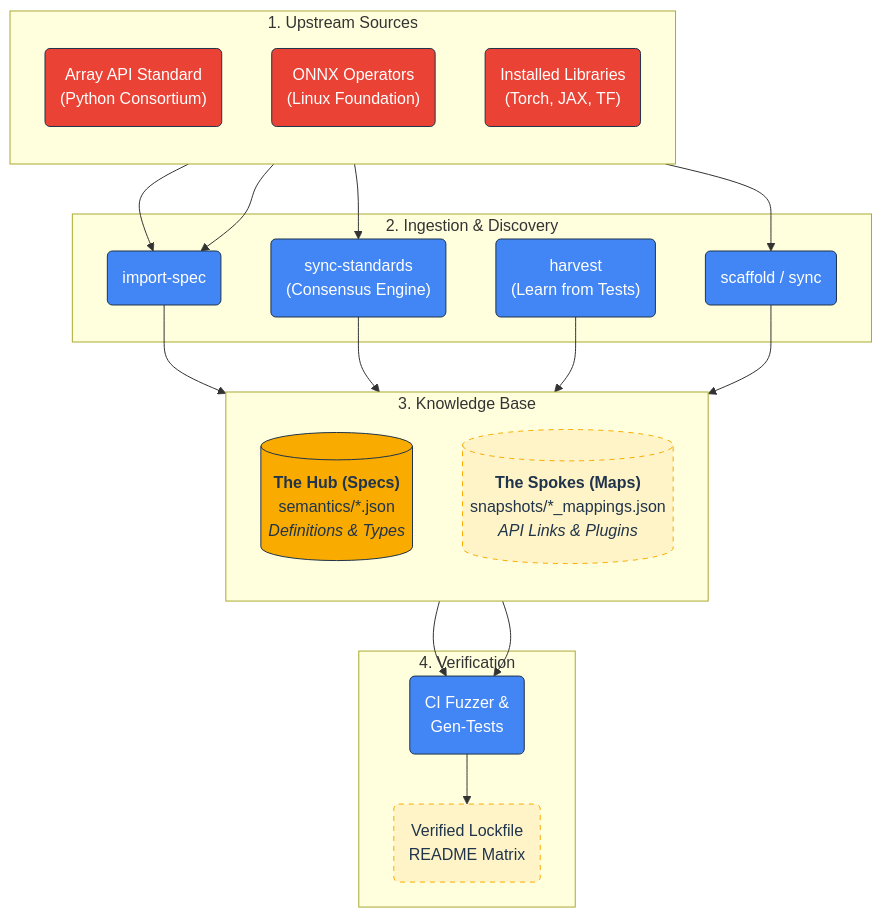
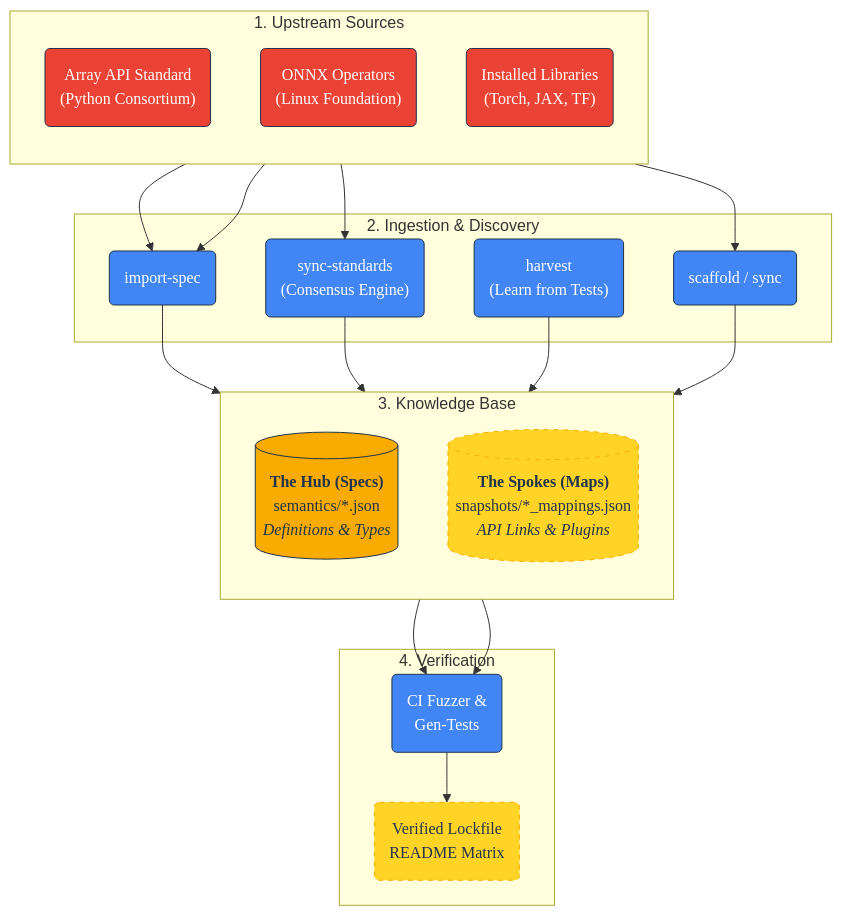
Before and after one commit to SamuelMarks/ml-switcheroo: the diagram in MAINTENANCE.md, drawn with Mermaid. The commit also changed other lines of this file and 5 other files, not shown here.

````diff
--- a/MAINTENANCE.md
+++ b/MAINTENANCE.md
@@ -16,47 +19,48 @@
 ```mermaid
 graph TD
-    %% Style definitions
-    classDef external fill:#ea4335,stroke:#20344b,color:#ffffff,rx:5px;
-    classDef hub fill:#f9ab00,stroke:#20344b,color:#20344b,rx:5px;
-    classDef spoke fill:#fff4c7,stroke:#f9ab00,stroke-dasharray: 5 5,color:#20344b,rx:5px;
-    classDef action fill:#4285f4,stroke:#20344b,color:#ffffff,rx:5px;
+    %% --- STYLE DEFINITIONS ---
+    classDef default font-family:'Google Sans Normal',color:#20344b,stroke:#20344b;
+    classDef external fill:#ea4335,stroke:#20344b,color:#ffffff,rx:5px,font-family:'Google Sans Medium';
+    classDef hub fill:#f9ab00,stroke:#20344b,color:#20344b,rx:5px,font-family:'Google Sans Medium';
+    classDef spoke fill:#ffd427,stroke:#f9ab00,stroke-dasharray:5,5,color:#20344b,rx:5px,font-family:'Google Sans Medium';
+    classDef action fill:#4285f4,stroke:#20344b,color:#ffffff,rx:5px,font-family:'Google Sans Medium';
 
-    subgraph Sources [1. Upstream Sources]
+    subgraph Sources ["1. Upstream Sources"]
         direction TB
         STD_A("Array API Standard<br/>(Python Consortium)"):::external
         STD_B("ONNX Operators<br/>(Linux Foundation)"):::external
         LIBS("Installed Libraries<br/>(Torch, JAX, TF)"):::external
     end
 
-    subgraph Ingestion [2. Ingestion & Discovery]
+    subgraph Ingestion ["2. Ingestion & Discovery"]
         IMPORT("import-spec"):::action
         SCAFFOLD("scaffold / sync"):::action
         CONSENSUS("sync-standards<br/>(Consensus Engine)"):::action
         HARVEST("harvest<br/>(Learn from Tests)"):::action
     end
 
-    subgraph Storage [3. Knowledge Base]
+    subgraph Storage ["3. Knowledge Base"]
         direction TB
         HUB[("<b>The Hub (Specs)</b><br/>semantics/*.json<br/><i>Definitions & Types</i>")]:::hub
         SPOKE[("<b>The Spokes (Maps)</b><br/>snapshots/*_mappings.json<br/><i>API Links & Plugins</i>")]:::spoke
     end
     
-    subgraph Verify [4. Verification]
+    subgraph Verify ["4. Verification"]
         CI("CI Fuzzer &<br/>Gen-Tests"):::action
         LOCK("Verified Lockfile<br/>README Matrix"):::spoke
     end
 
     STD_A --> IMPORT
     STD_B --> IMPORT
     LIBS --> SCAFFOLD
     LIBS --> CONSENSUS
 
     IMPORT --> HUB
     CONSENSUS --> HUB
     HARVEST --> SPOKE
     SCAFFOLD --> SPOKE
     
     HUB --> CI
     SPOKE --> CI
     CI --> LOCK
 ```
````
